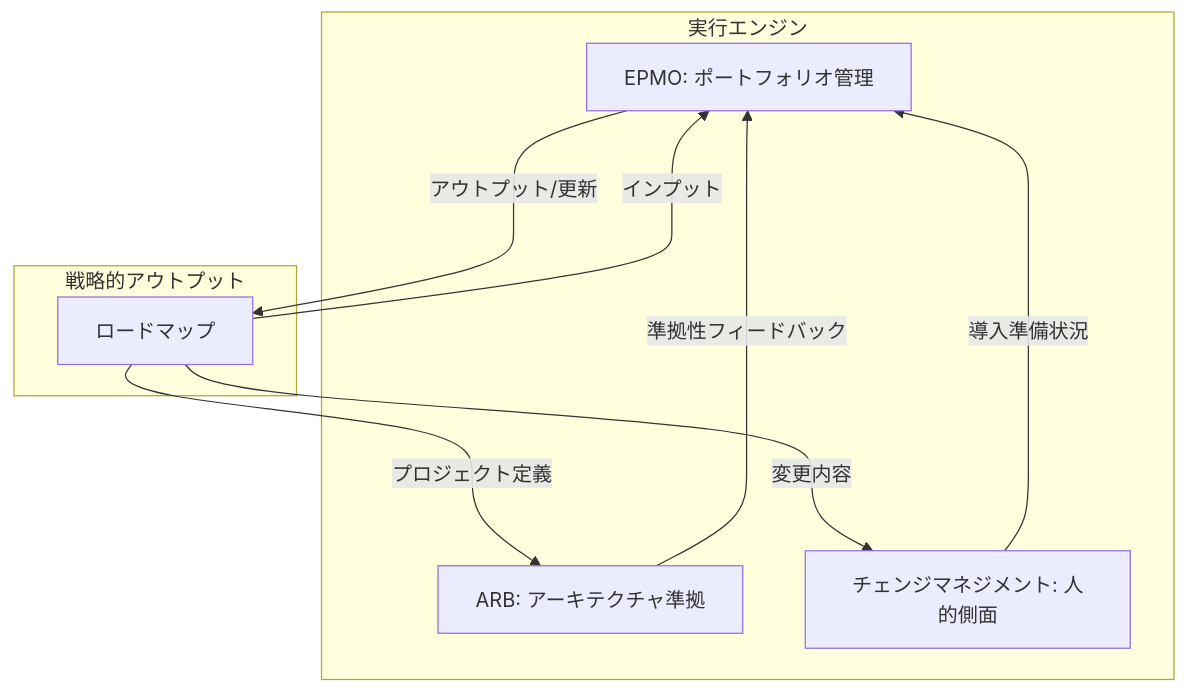
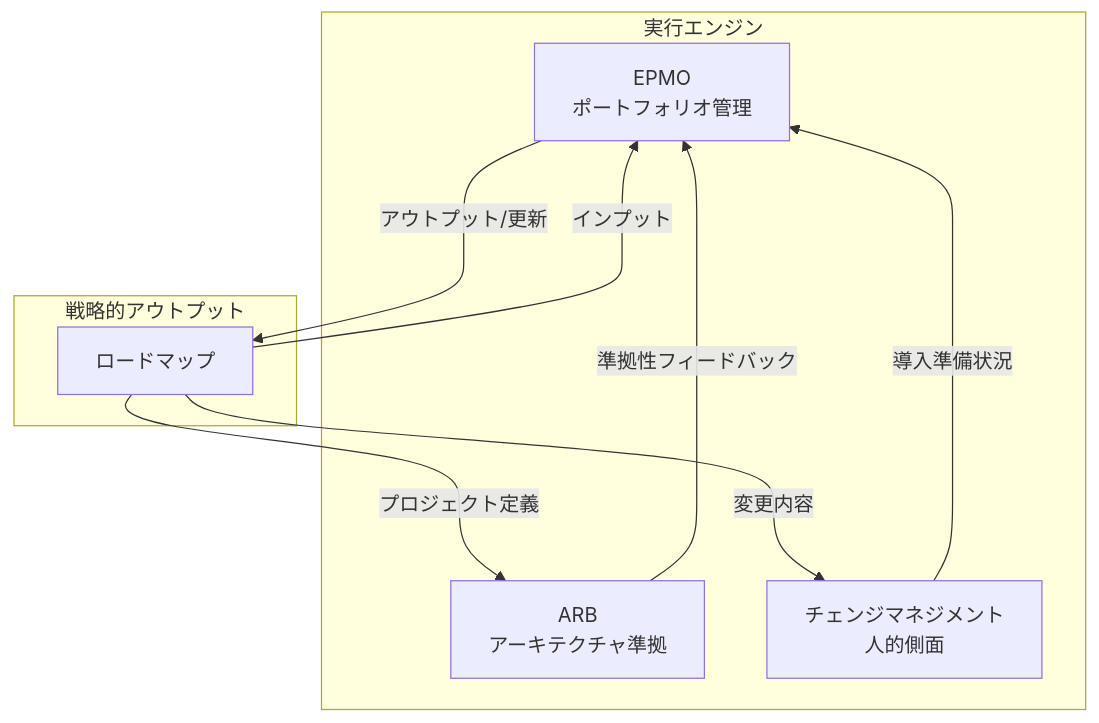
Before and after one commit to suwa-sh/zenn-contents: the second of 2 diagrams in articles/application_strategy_roadmap_20251008.md, drawn with Mermaid. The commit also changed other lines of this file, not shown here.

````diff
--- a/articles/application_strategy_roadmap_20251008.md
+++ b/articles/application_strategy_roadmap_20251008.md
@@ -229,20 +229,20 @@
 ```mermaid
 graph TD
     subgraph 実行エンジン
-        EPMO[EPMO: ポートフォリオ管理]
-        ARB[ARB: アーキテクチャ準拠]
-        CM[チェンジマネジメント: 人的側面]
+        EPMO[EPMO<br/>ポートフォリオ管理]
+        ARB[ARB<br/>アーキテクチャ準拠]
+        CM[チェンジマネジメント<br/>人的側面]
     end
 
     subgraph 戦略的アウトプット
         RM[ロードマップ]
     end
 
     RM -- インプット ---> EPMO
     EPMO -- アウトプット/更新 ---> RM
     RM -- プロジェクト定義 ---> ARB
     ARB -- 準拠性フィードバック --> EPMO
     RM -- 変更内容 ---> CM
     CM -- 導入準備状況 --> EPMO
 
 ```
````
